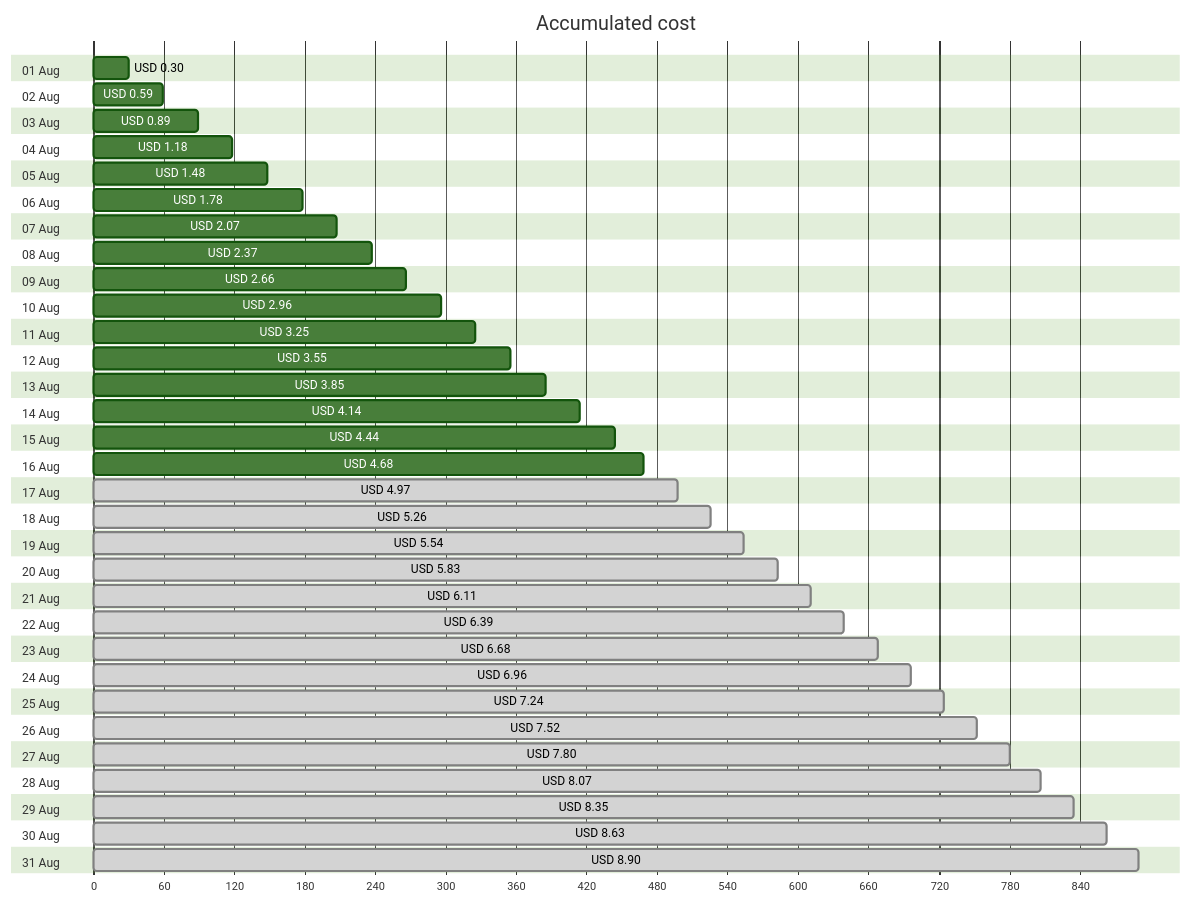
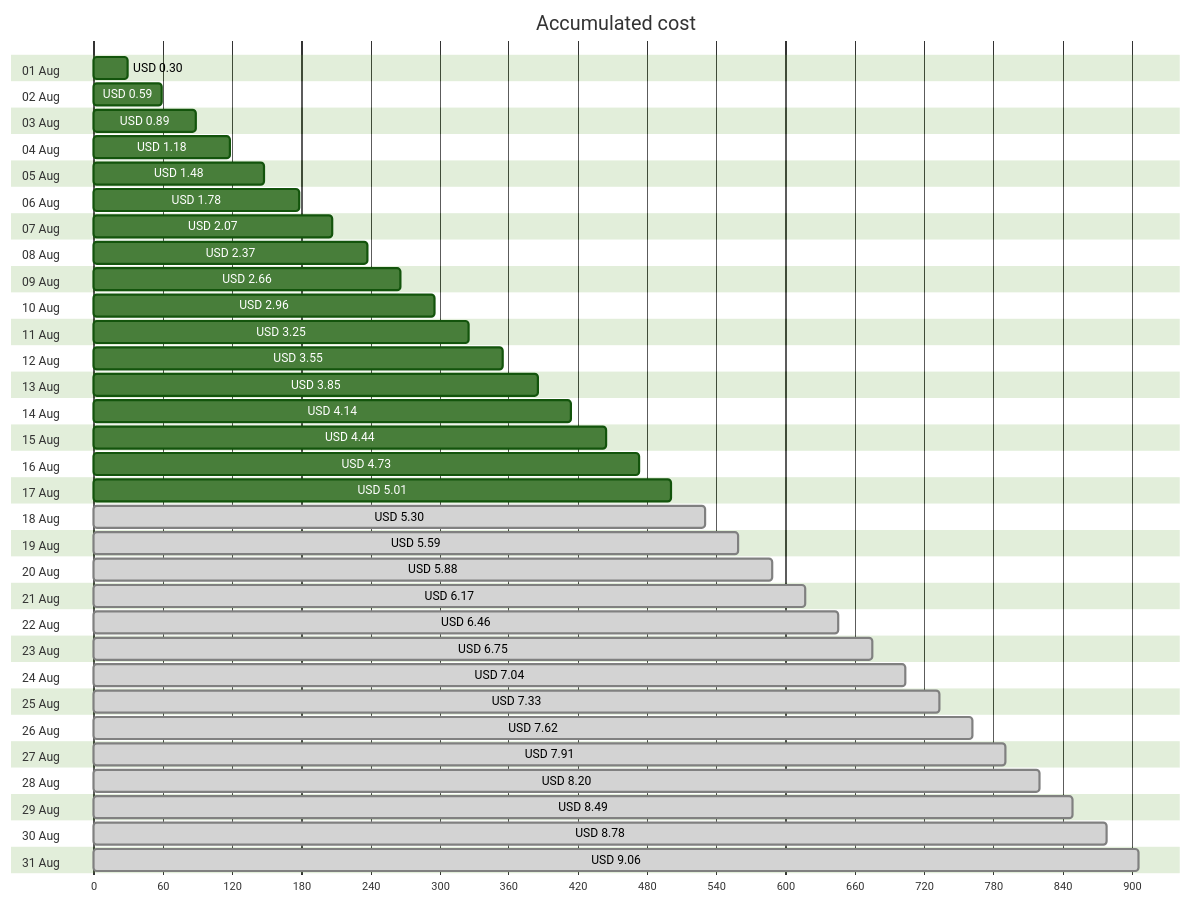
The first of 4 diagrams in cost-reports/personal-site/personal-site-preview.md (jpfulton/azure-personal-reports), drawn with Mermaid (forest theme) before and after one commit. The commit also changed other lines of this file and 6 other files, not shown here.

````diff
--- a/cost-reports/personal-site/personal-site-preview.md
+++ b/cost-reports/personal-site/personal-site-preview.md
@@ -20,68 +20,68 @@
 ```mermaid
 gantt
    title Accumulated cost
    dateFormat  X
    axisFormat %s
    section 01 Aug
    USD 0.30 :0, 30
    section 02 Aug
    USD 0.59 :0, 59
    section 03 Aug
    USD 0.89 :0, 89
    section 04 Aug
    USD 1.18 :0, 118
    section 05 Aug
    USD 1.48 :0, 148
    section 06 Aug
    USD 1.78 :0, 178
    section 07 Aug
    USD 2.07 :0, 207
    section 08 Aug
    USD 2.37 :0, 237
    section 09 Aug
    USD 2.66 :0, 266
    section 10 Aug
    USD 2.96 :0, 296
    section 11 Aug
    USD 3.25 :0, 325
    section 12 Aug
    USD 3.55 :0, 355
    section 13 Aug
    USD 3.85 :0, 385
    section 14 Aug
    USD 4.14 :0, 414
    section 15 Aug
    USD 4.44 :0, 444
    section 16 Aug
-   USD 4.68 :0, 468
+   USD 4.73 :0, 473
    section 17 Aug
-   USD 4.97 : done, 0, 497
+   USD 5.01 :0, 501
    section 18 Aug
-   USD 5.26 : done, 0, 526
+   USD 5.30 : done, 0, 530
    section 19 Aug
-   USD 5.54 : done, 0, 554
+   USD 5.59 : done, 0, 559
    section 20 Aug
-   USD 5.83 : done, 0, 583
+   USD 5.88 : done, 0, 588
    section 21 Aug
-   USD 6.11 : done, 0, 611
+   USD 6.17 : done, 0, 617
    section 22 Aug
-   USD 6.39 : done, 0, 639
+   USD 6.46 : done, 0, 646
    section 23 Aug
-   USD 6.68 : done, 0, 668
+   USD 6.75 : done, 0, 675
    section 24 Aug
-   USD 6.96 : done, 0, 696
+   USD 7.04 : done, 0, 704
    section 25 Aug
-   USD 7.24 : done, 0, 724
+   USD 7.33 : done, 0, 733
    section 26 Aug
-   USD 7.52 : done, 0, 752
+   USD 7.62 : done, 0, 762
    section 27 Aug
-   USD 7.80 : done, 0, 780
+   USD 7.91 : done, 0, 791
    section 28 Aug
-   USD 8.07 : done, 0, 807
+   USD 8.20 : done, 0, 820
    section 29 Aug
-   USD 8.35 : done, 0, 835
+   USD 8.49 : done, 0, 849
    section 30 Aug
-   USD 8.63 : done, 0, 863
+   USD 8.78 : done, 0, 878
    section 31 Aug
-   USD 8.90 : done, 0, 890
+   USD 9.06 : done, 0, 906
 ```
````
